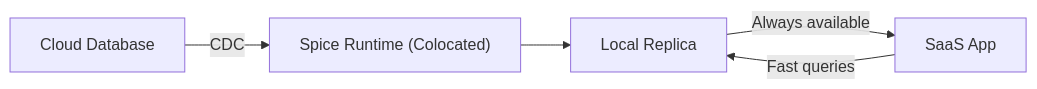
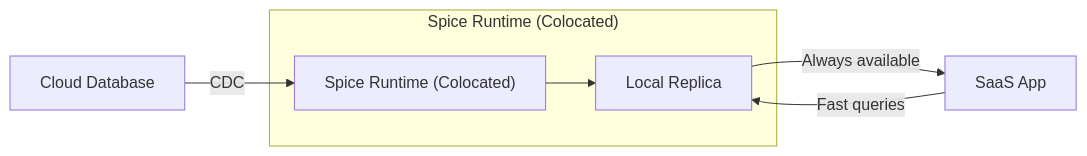
One commit to spiceai/docs changed the diagram in website/docs/use-cases/data/application-resilence-and-acceleration/index.md. Above: the diagram before and after it, drawn with Mermaid. The commit also changed 1 other file, not shown here.

Commit message:
Move acceleration nodes inside runtime in Mermaid diagrams

````diff
--- a/website/docs/use-cases/data/application-resilence-and-acceleration/index.md
+++ b/website/docs/use-cases/data/application-resilence-and-acceleration/index.md
@@ -12,7 +12,12 @@
 ```mermaid
 flowchart LR
-    DB["Cloud Database"] -->|"CDC"| Spice["Spice Runtime (Colocated)"]
-    Spice --> Local["Local Replica"]
+    subgraph Runtime["Spice Runtime (Colocated)"]
+        Spice["Spice Runtime (Colocated)"]
+        Local["Local Replica"]
+        Spice --> Local
+    end
+
+    DB["Cloud Database"] -->|"CDC"| Spice
     App["SaaS App"] -->|"Fast queries"| Local
     Local -->|"Always available"| App
 ```
````
